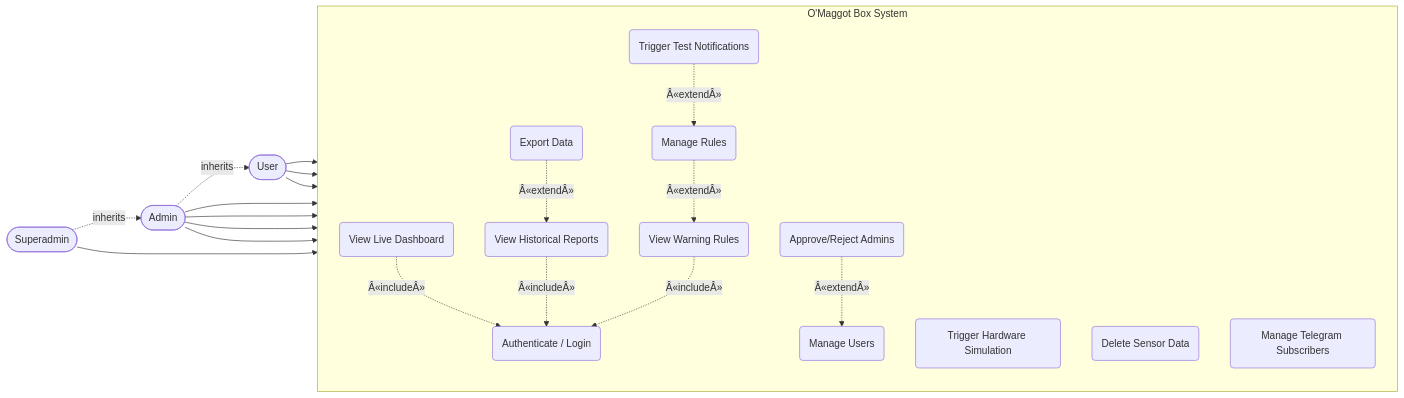
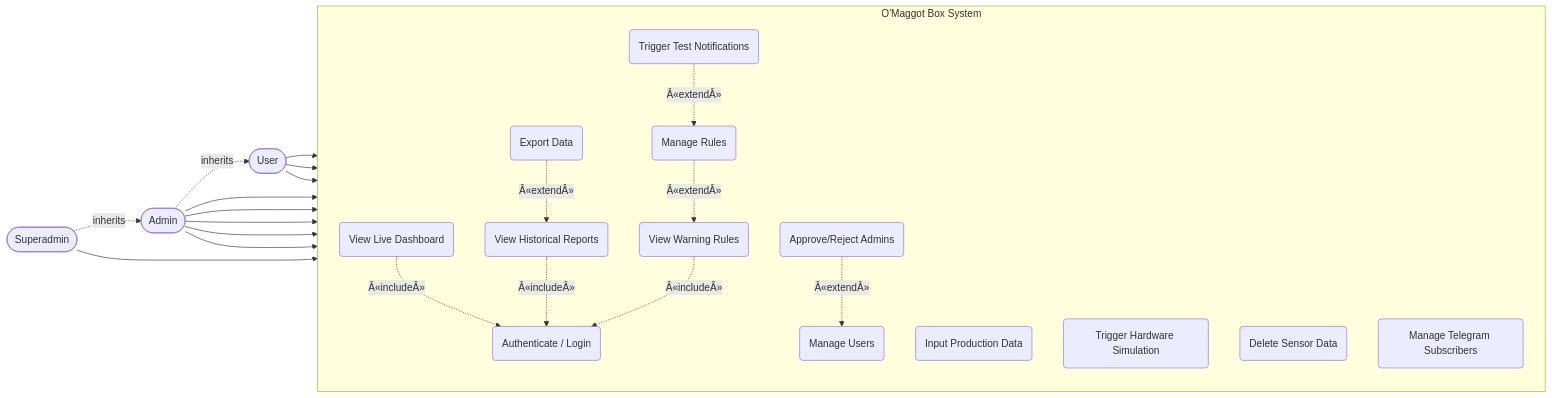
One commit to boyishwara/omaggot changed the fourth of 5 diagrams in README.md. Above: the diagram before and after it, drawn with Mermaid. The commit also changed other lines of this file and 4 other files, not shown here.

Commit message:
feat: implement production data management dashboard with edit and delete functionality

````diff
--- a/README.md
+++ b/README.md
@@ -327,62 +328,64 @@
 ```mermaid
 flowchart LR
     %% Actors
     User([User])
     Admin([Admin])
     Superadmin([Superadmin])
 
     %% Inheritance (Generalization)
     Superadmin -.->|inherits| Admin
     Admin -.->|inherits| User
 
     %% System Boundary
     subgraph O_Maggot_System [O'Maggot Box System]
         direction TB
 
         %% Use Cases
         UC_Auth(Authenticate / Login)
 
         UC_Dash(View Live Dashboard)
         UC_Rep(View Historical Reports)
         UC_Exp(Export Data)
 
         UC_ViewRule(View Warning Rules)
         UC_MgmtRule(Manage Rules)
         UC_TestNotif(Trigger Test Notifications)
+        UC_Production(Input Production Data)
 
         UC_Simulate(Trigger Hardware Simulation)
         UC_DelData(Delete Sensor Data)
         UC_Subscribers(Manage Telegram Subscribers)
 
         UC_UserMgmt(Manage Users)
         UC_Approve(Approve/Reject Admins)
 
         %% Include relationships (Mandatory)
         UC_Dash -.->|"Â«includeÂ»"| UC_Auth
         UC_Rep -.->|"Â«includeÂ»"| UC_Auth
         UC_ViewRule -.->|"Â«includeÂ»"| UC_Auth
 
         %% Extend relationships (Optional behavior)
         UC_Exp -.->|"Â«extendÂ»"| UC_Rep
         UC_MgmtRule -.->|"Â«extendÂ»"| UC_ViewRule
         UC_TestNotif -.->|"Â«extendÂ»"| UC_MgmtRule
         UC_Approve -.->|"Â«extendÂ»"| UC_UserMgmt
     end
 
     %% Actor to Use Case Relationships
     User --> UC_Dash
     User --> UC_Rep
     User --> UC_ViewRule
 
     Admin --> UC_MgmtRule
+    Admin --> UC_Production
     Admin --> UC_Simulate
     Admin --> UC_DelData
     Admin --> UC_Subscribers
 
     Superadmin --> UC_UserMgmt
 
     classDef actor fill:fff,stroke:,stroke-width:px,color:;
     classDef usecase fill:effe,stroke:d,stroke-width:px,color:;
     class User,Admin,Superadmin actor;
-    class UC_Auth,UC_Dash,UC_Rep,UC_Exp,UC_ViewRule,UC_MgmtRule,UC_TestNotif,UC_Simulate,UC_DelData,UC_Subscribers,UC_UserMgmt,UC_Approve usecase;
+    class UC_Auth,UC_Dash,UC_Rep,UC_Exp,UC_ViewRule,UC_MgmtRule,UC_TestNotif,UC_Production,UC_Simulate,UC_DelData,UC_Subscribers,UC_UserMgmt,UC_Approve usecase;
 ```
````
